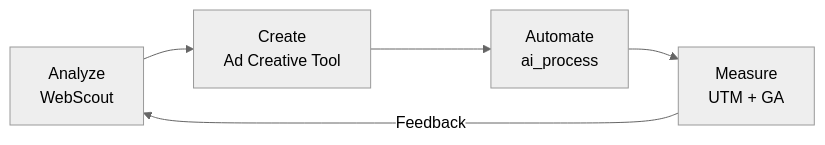
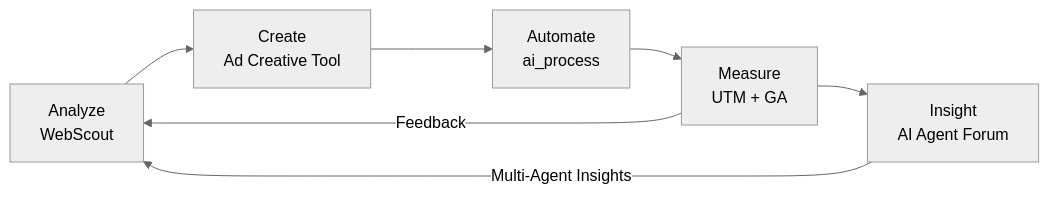
The first of 2 diagrams in README_EN.md (dalgoms/dalgoms), drawn with Mermaid (neutral theme) before and after one commit. The commit also changed other lines of this file and 1 other file, not shown here.

First line of the commit message:
Add AI Agent Forum to portfolio, mark Ad Creative Tool as in-progress

````diff
--- a/README_EN.md
+++ b/README_EN.md
@@ -104,7 +110,9 @@
 ```mermaid
 flowchart LR
   A["Analyze\nWebScout"] --> B["Create\nAd Creative Tool"]
   B --> C["Automate\nai_process"]
   C --> D["Measure\nUTM + GA"]
   D -->|"Feedback"| A
+  D --> E["Insight\nAI Agent Forum"]
+  E -->|"Multi-Agent Insights"| A
 ```
````
